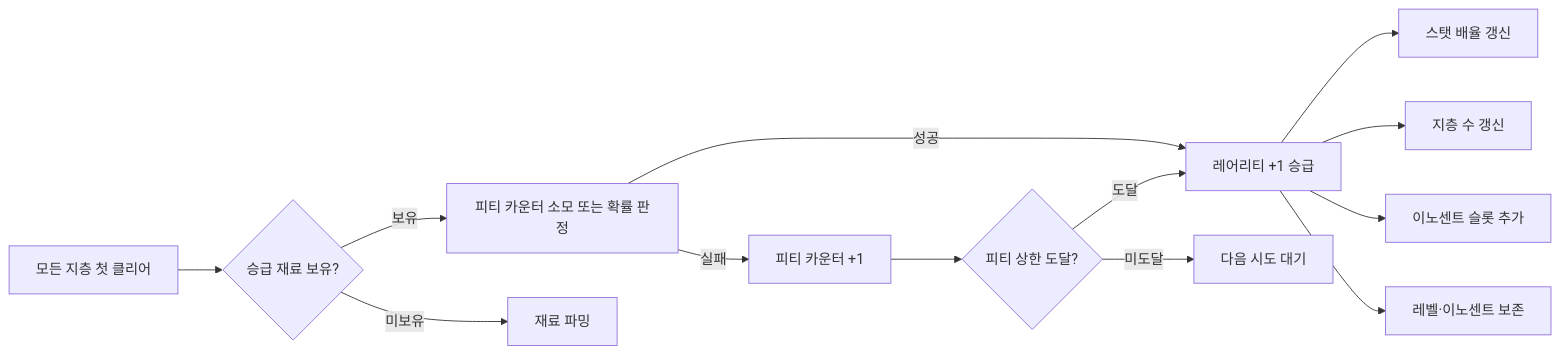
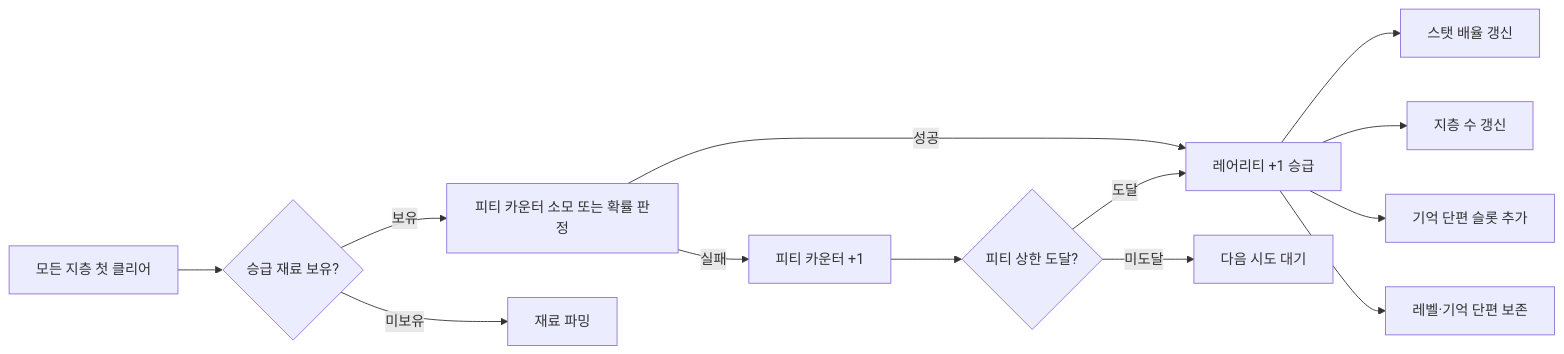
The diagram in Documents/System/System_Equipment_Growth.md (Biskraft/ProjectAbyss), drawn with Mermaid before and after one commit. The commit also changed other lines of this file and 197 other files, not shown here.

````diff
--- a/Documents/System/System_Equipment_Growth.md
+++ b/Documents/System/System_Equipment_Growth.md
@@ -219,15 +219,15 @@
 ```mermaid
 graph LR
     A[모든 지층 첫 클리어] --> B{승급 재료 보유?}
     B -->|보유| C[피티 카운터 소모 또는 확률 판정]
     B -->|미보유| D[재료 파밍]
     C -->|성공| E[레어리티 +1 승급]
     C -->|실패| F[피티 카운터 +1]
     F --> G{피티 상한 도달?}
     G -->|도달| E
     G -->|미도달| H[다음 시도 대기]
     E --> I[스탯 배율 갱신]
     E --> J[지층 수 갱신]
-    E --> K[이노센트 슬롯 추가]
-    E --> L[레벨·이노센트 보존]
+    E --> K[기억 단편 슬롯 추가]
+    E --> L[레벨·기억 단편 보존]
 ```
````
